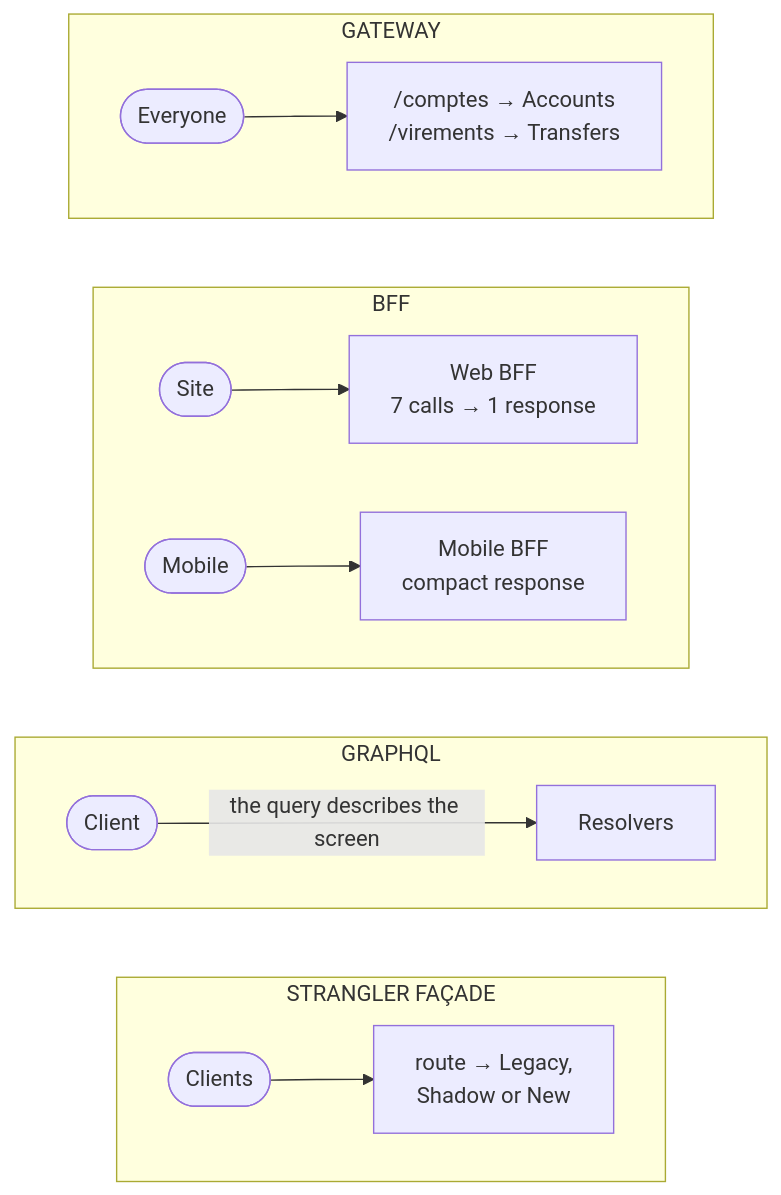
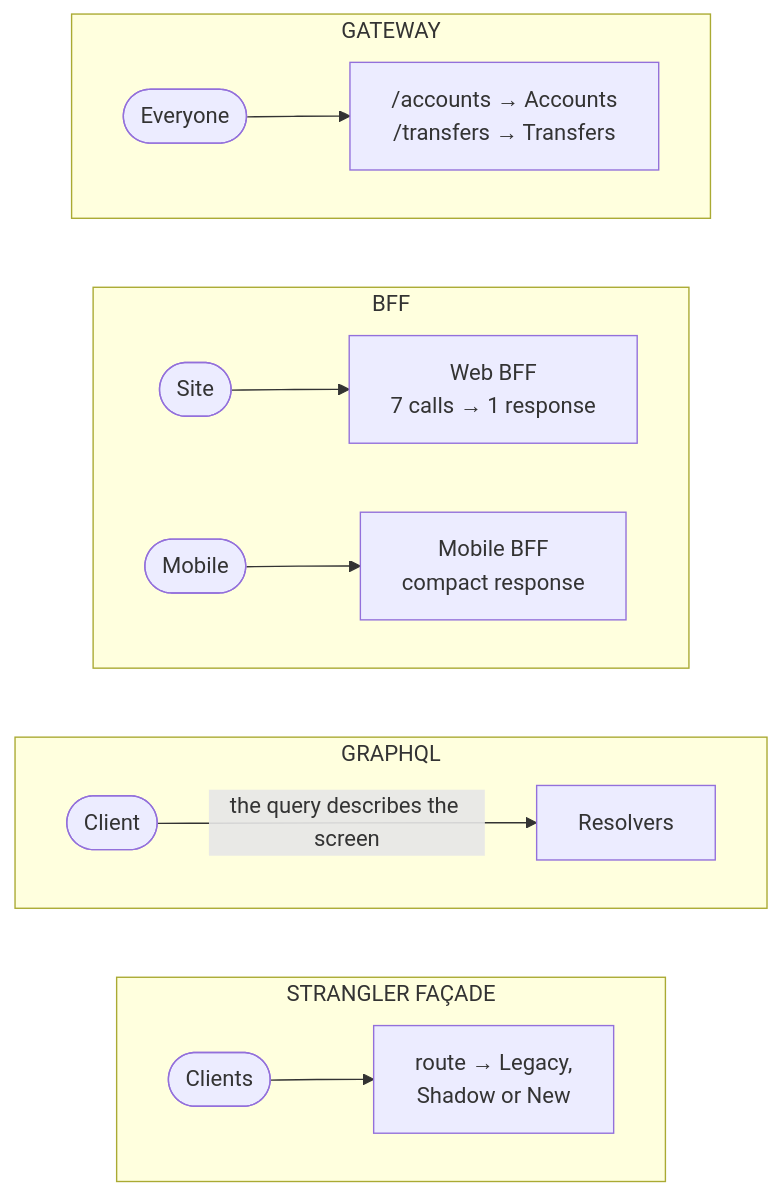
Before and after one commit to drangoht/ArchitecturesDemo: the diagram in Docs/en/differences/17-passerelle-bff-graphql-strangler.md, drawn with Mermaid. The commit also changed other lines of this file and 78 other files, not shown here.

First line of the commit message:
Docs EN : identifiants, liens, diagrammes et sorties alignés sur le code anglais

````diff
--- a/Docs/en/differences/17-passerelle-bff-graphql-strangler.md
+++ b/Docs/en/differences/17-passerelle-bff-graphql-strangler.md
@@ -37,21 +37,21 @@
 ```mermaid
 flowchart TB
     subgraph P["GATEWAY"]
         direction LR
-        C1(["Everyone"]) --> G["/comptes → Accounts<br/>/virements → Transfers"]
+        C1(["Everyone"]) --> G["/accounts → Accounts<br/>/transfers → Transfers"]
     end
     subgraph B["BFF"]
         direction LR
         C2(["Site"]) --> BW["Web BFF<br/>7 calls → 1 response"]
         C3(["Mobile"]) --> BM["Mobile BFF<br/>compact response"]
     end
     subgraph Q["GRAPHQL"]
         direction LR
         C4(["Client"]) -->|"the query describes the screen"| GQ["Resolvers"]
     end
     subgraph F["STRANGLER FAÇADE"]
         direction LR
         C5(["Clients"]) --> FA["route → Legacy,<br/>Shadow or New"]
     end
     P ~~~ B ~~~ Q ~~~ F
 ```
````
